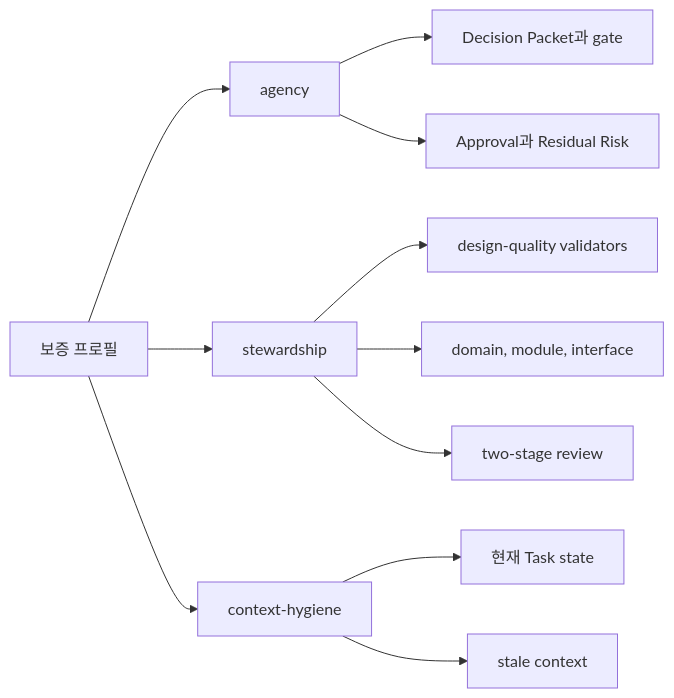
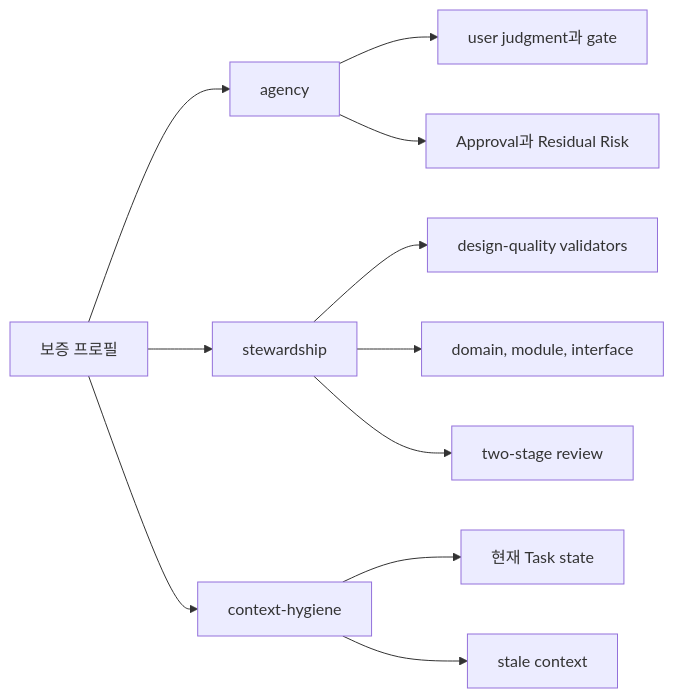
Before and after one commit to minjungw00/Harness_Project: the diagram in docs/ko/reference/future-fixture-catalog.md, drawn with Mermaid. The commit also changed other lines of this file and 90 other files, not shown here.

````diff
--- a/docs/ko/reference/future-fixture-catalog.md
+++ b/docs/ko/reference/future-fixture-catalog.md
@@ -63,13 +63,13 @@
 ```mermaid
 flowchart LR
   Suites["보증 프로필"] --> Agency["agency"]
   Suites --> Stewardship["stewardship"]
   Suites --> Context["context-hygiene"]
-  Agency --> A1["Decision Packet과 gate"]
+  Agency --> A1["user judgment과 gate"]
   Agency --> A2["Approval과 Residual Risk"]
   Stewardship --> S1["design-quality validators"]
   Stewardship --> S2["domain, module, interface"]
   Stewardship --> S3["two-stage review"]
   Context --> C1["현재 Task state"]
   Context --> C2["stale context"]
 ```
````
